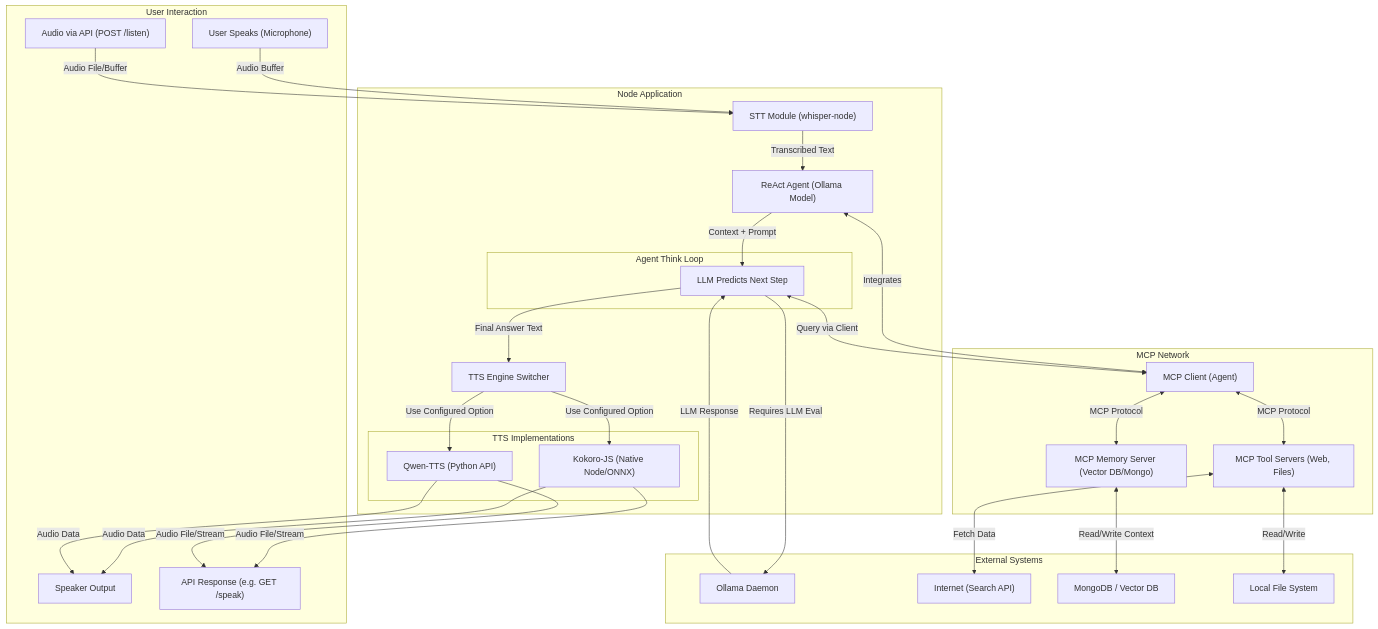
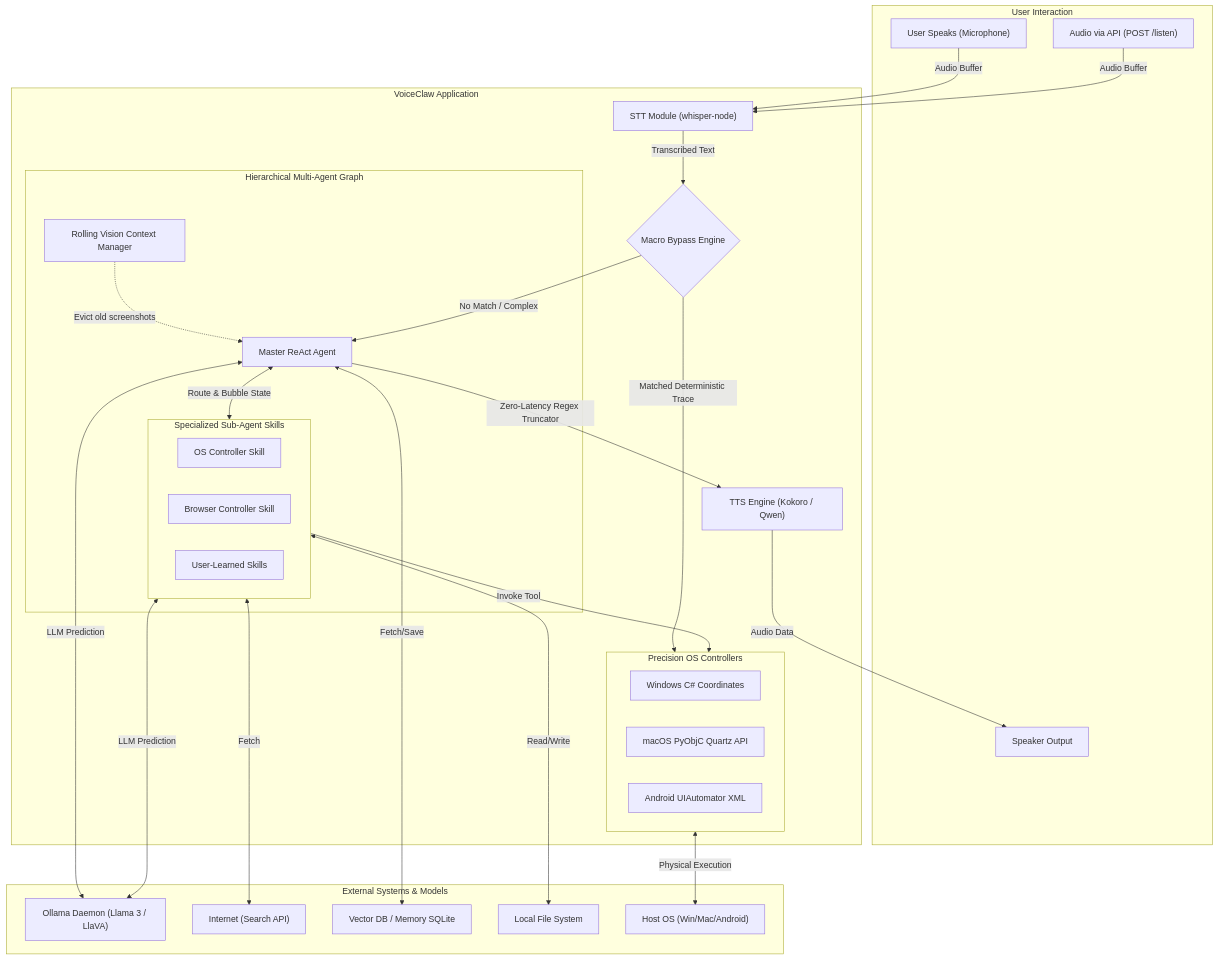
The diagram in architecture.md (karunalladeva/voiceClaw), drawn with Mermaid before and after one commit. The commit also changed other lines of this file and 7 other files, not shown here.

Commit message:
feat: Add macOS and Android platform tools, new learning and react agents, API server, and update documentation.

````diff
--- a/architecture.md
+++ b/architecture.md
@@ -5,67 +5,66 @@
 ```mermaid
 flowchart TD
     subgraph userInteraction [User Interaction]
         userVoice["User Speaks (Microphone)"]
         apiVoice["Audio via API (POST /listen)"]
         speakerOut["Speaker Output"]
-        apiOutput["API Response (e.g. GET /speak)"]
     end
 
-    subgraph mcpNetwork [MCP Network]
-        mcpClient["MCP Client (Agent)"]
-        mcpTools["MCP Tool Servers (Web, Files)"]
-        mcpMemory["MCP Memory Server (Vector DB/Mongo)"]
+    subgraph external [External Systems & Models]
+        ollamaService["Ollama Daemon (Llama 3 / LlaVA)"]
+        internet["Internet (Search API)"]
+        db["Vector DB / Memory SQLite"]
+        fileSystem["Local File System"]
+        osSystem["Host OS (Win/Mac/Android)"]
     end
     
-    subgraph nodeApp [Node Application]
+    subgraph nodeApp [VoiceClaw Application]
         stt["STT Module (whisper-node)"]
-        agent["ReAct Agent (Ollama Model)"]
-        ttsEngine["TTS Engine Switcher"]
+        ttsEngine["TTS Engine (Kokoro / Qwen)"]
+        macroEngine{"Macro Bypass Engine"}
         
-        subgraph agentLoop [Agent Think Loop]
-            llmThink["LLM Predicts Next Step"]
+        subgraph hierarchicalGraph [Hierarchical Multi-Agent Graph]
+            masterAgent["Master ReAct Agent"]
+            visionMemory["Rolling Vision Context Manager"]
+            
+            subgraph subAgents [Specialized Sub-Agent Skills]
+                osSkill["OS Controller Skill"]
+                browserSkill["Browser Controller Skill"]
+                learnedSkills["User-Learned Skills"]
+            end
+            
+            masterAgent <-->|Route & Bubble State| subAgents
+            visionMemory -.->|Evict old screenshots| masterAgent
         end
         
-        subgraph ttsOptions [TTS Implementations]
-            kokoro["Kokoro-JS (Native Node/ONNX)"]
-            qwen["Qwen-TTS (Python API)"]
+        subgraph nativeTools [Precision OS Controllers]
+            winTools["Windows C# Coordinates"]
+            macTools["macOS PyObjC Quartz API"]
+            androidTools["Android UIAutomator XML"]
         end
-    end
-
-    subgraph external [External Systems]
-        ollamaService["Ollama Daemon"]
-        internet["Internet (Search API)"]
-        db["MongoDB / Vector DB"]
-        fileSystem["Local File System"]
     end
 
     %% Connections
     userVoice -->|Audio Buffer| stt
-    apiVoice -->|Audio File/Buffer| stt
-    stt -->|Transcribed Text| agent
+    apiVoice -->|Audio Buffer| stt
+    stt -->|Transcribed Text| macroEngine
     
-    agent <-->|Integrates| mcpClient
-    mcpClient <-->|MCP Protocol| mcpMemory
-    mcpClient <-->|MCP Protocol| mcpTools
+    %% The Bypass Route
+    macroEngine -->|Matched Deterministic Trace| nativeTools
+    macroEngine -->|No Match / Complex| masterAgent
     
-    mcpMemory <-->|Read/Write Context| db
-    mcpTools <-->|Fetch Data| internet
-    mcpTools <-->|Read/Write| fileSystem
+    %% Graph Execution
+    masterAgent <-->|LLM Prediction| ollamaService
+    subAgents <-->|LLM Prediction| ollamaService
     
-    agent -->|Context + Prompt| llmThink
-    llmThink <-->|Query via Client| mcpClient
+    subAgents -->|Invoke Tool| nativeTools
+    nativeTools <-->|Physical Execution| osSystem
     
-    llmThink -->|Requires LLM Eval| ollamaService
-    ollamaService -->|LLM Response| llmThink
-
-    llmThink -->|Final Answer Text| ttsEngine
+    masterAgent <-->|Fetch/Save| db
+    subAgents <-->|Fetch| internet
+    subAgents <-->|Read/Write| fileSystem
     
-    ttsEngine -->|Use Configured Option| kokoro
-    ttsEngine -->|Use Configured Option| qwen
-    
-    kokoro -->|Audio Data| speakerOut
-    qwen -->|Audio Data| speakerOut
-    
-    kokoro -->|Audio File/Stream| apiOutput
-    qwen -->|Audio File/Stream| apiOutput
+    %% Audio Out Pipeline
+    masterAgent -->|Zero-Latency Regex Truncator| ttsEngine
+    ttsEngine -->|Audio Data| speakerOut
 ```
````
